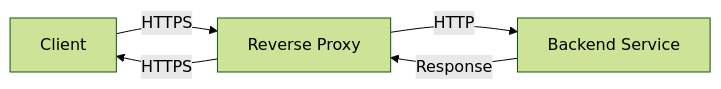
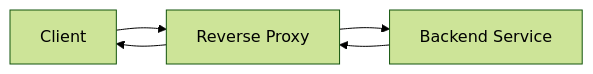
One commit to TrueBankai416/BankaiTechDocs changed the first of 2 diagrams in docs/Reverse Proxy/Introduction.mdx. Above: the diagram before and after it, drawn with Mermaid (forest theme). The commit also changed other lines of this file, not shown here.

Commit message:
Fix mermaid diagram arrow labels causing parsing errors
- Removed pipe-delimited arrow labels that were showing "Unsupported markdown: list"
- Added clear text explanation below diagram showing HTTPS/HTTP protocol flow
- Maintains the same information while fixing rendering issues
- Diagram should now display cleanly without parsing errors

Mentat precommit script passed. Log: https://mentat.ai/gh/TrueBankai416/BankaiTechDocs/log/913a6f84-29ba-4ec0-a389-e93aa9d50ad1

````diff
--- a/docs/Reverse Proxy/Introduction.mdx
+++ b/docs/Reverse Proxy/Introduction.mdx
@@ -31,7 +31,7 @@
 ```mermaid
 graph LR
-    A[Client] -->|HTTPS| B[Reverse Proxy]
-    B -->|HTTP| C[Backend Service]
-    C -->|Response| B
-    B -->|HTTPS| A
+    A[Client] --> B[Reverse Proxy]
+    B --> C[Backend Service]
+    C --> B
+    B --> A
 ```
````
